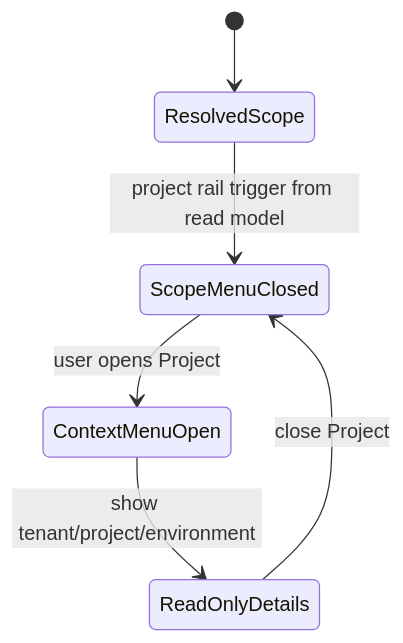
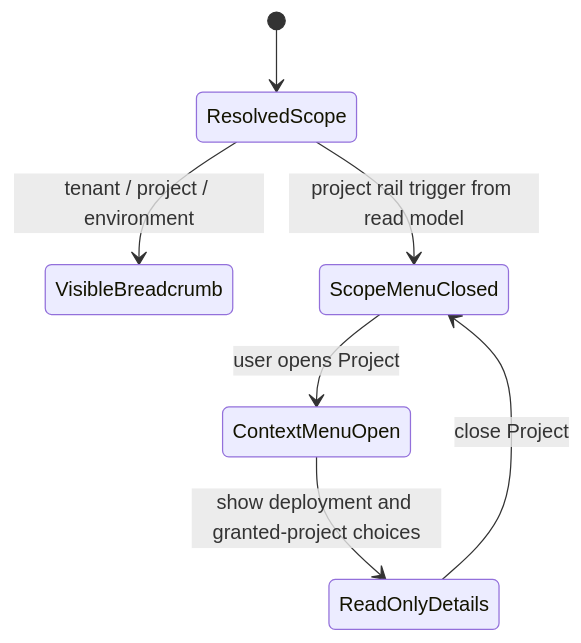
Before and after one commit to dunay2/dvt: diagram 16 of 34 in docs/architecture/components/web/appshell/app-shell.md, drawn with Mermaid. The commit also changed other lines of this file and 14 other files, not shown here.

Commit message:
refactor(web): Show workspace breadcrumb and consolidate project properties (#3848)

````diff
--- a/docs/architecture/components/web/appshell/app-shell.md
+++ b/docs/architecture/components/web/appshell/app-shell.md
@@ -558,8 +558,9 @@
 ```mermaid
 stateDiagram-v2
   [*] --> ResolvedScope
+  ResolvedScope --> VisibleBreadcrumb: tenant / project / environment
   ResolvedScope --> ScopeMenuClosed: project rail trigger from read model
   ScopeMenuClosed --> ContextMenuOpen: user opens Project
-  ContextMenuOpen --> ReadOnlyDetails: show tenant/project/environment
+  ContextMenuOpen --> ReadOnlyDetails: show deployment and granted-project choices
   ReadOnlyDetails --> ScopeMenuClosed: close Project
 ```
````
